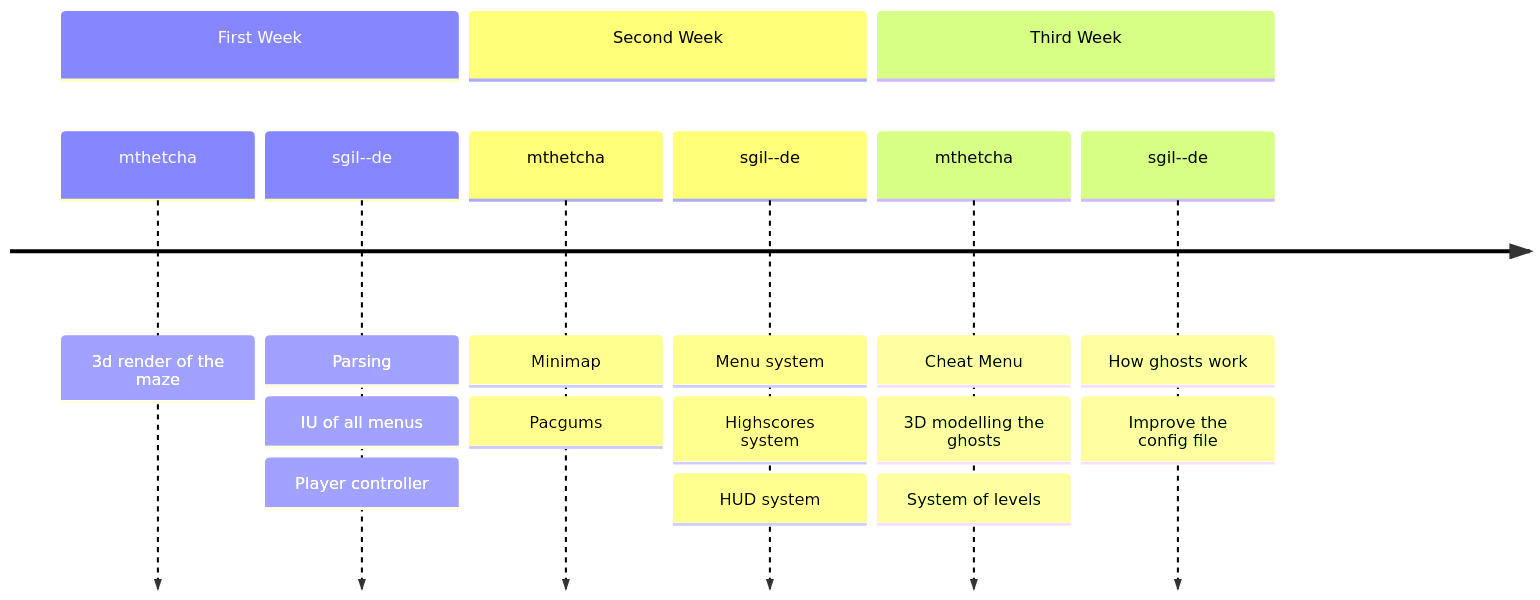
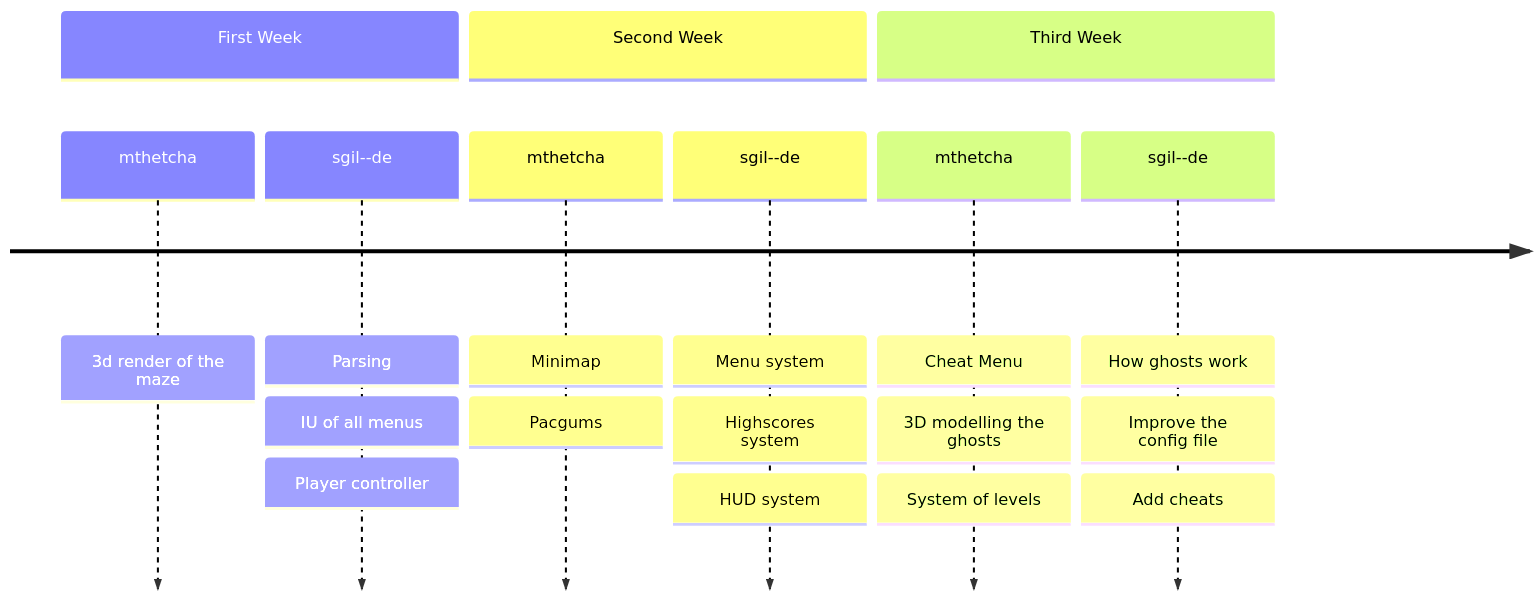
The second of 2 diagrams in README.md (Arcanovax/Pac-Man), drawn with Mermaid before and after one commit. The commit also changed 1 other file, not shown here.

Commit message:
timeline

````diff
--- a/README.md
+++ b/README.md
@@ -143,21 +143,22 @@
 ```mermaid
 timeline
         section First Week
           mthetcha : 3d render of the maze
           sgil--de : Parsing
                    : IU of all menus
                    : Player controller
         section Second Week
           mthetcha : Minimap
                    : Pacgums
           sgil--de : Menu system
                    : Highscores system
 				   : HUD system
         section Third Week
           mthetcha : Cheat Menu
                    : 3D modelling the ghosts
 				   : System of levels
           sgil--de : How ghosts work
 		  		   : Improve the config file
+				   : Add cheats
 
 ```
````
